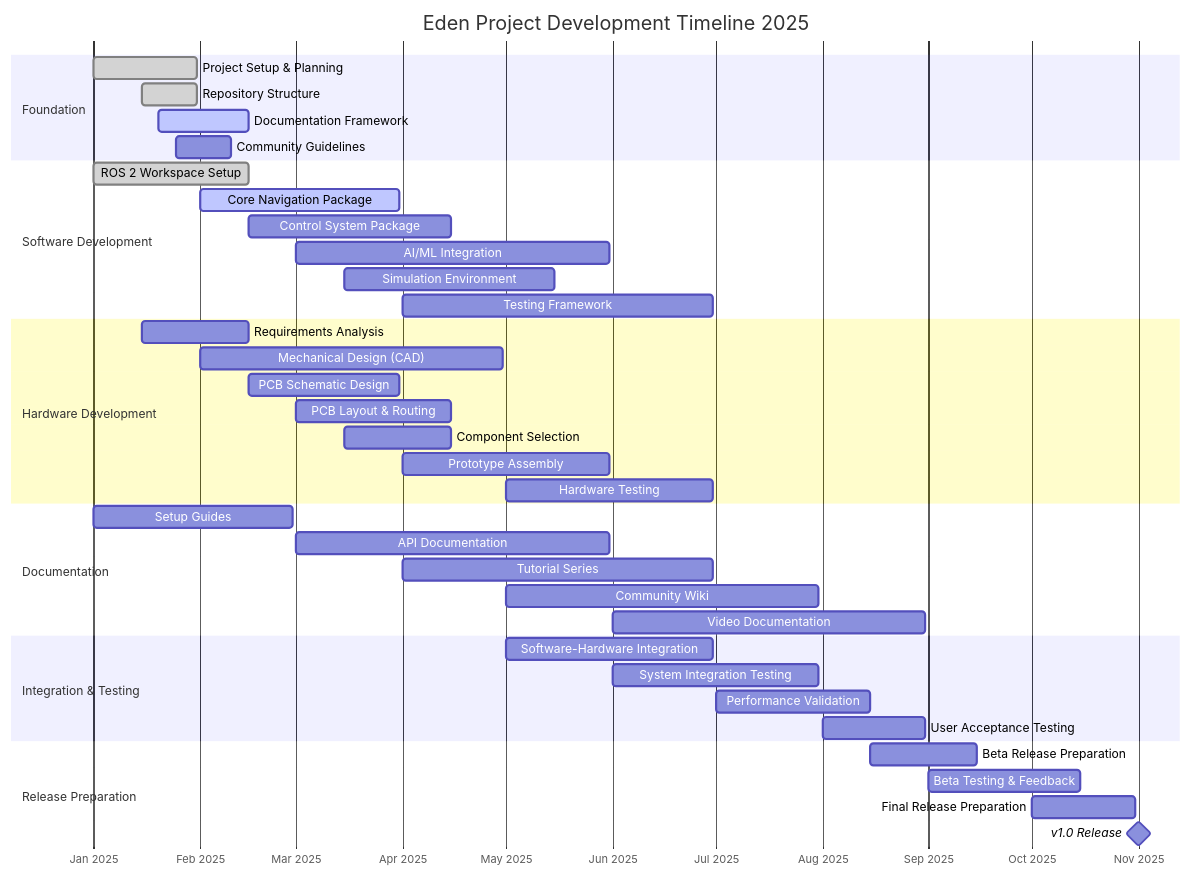
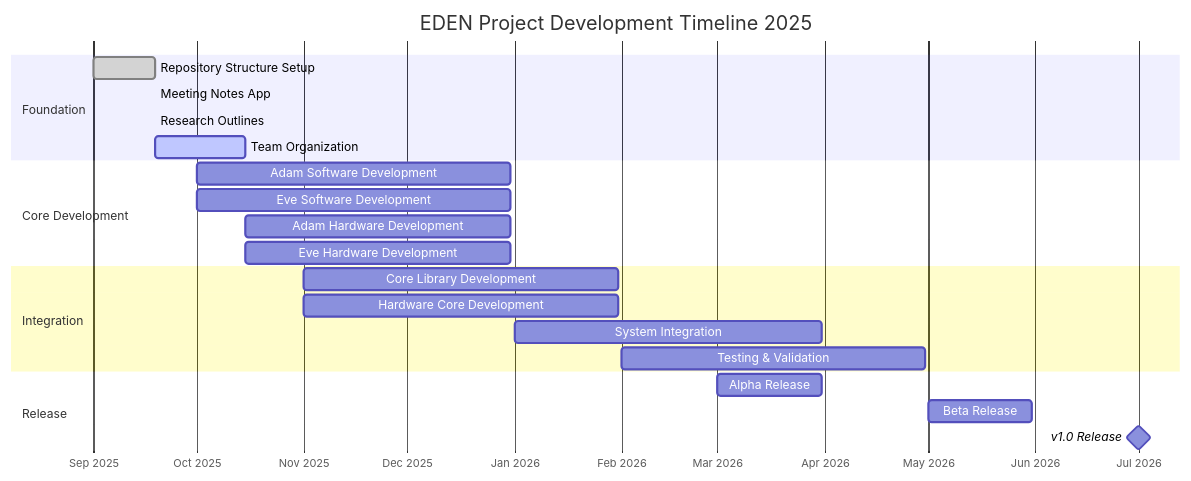
One commit to EDEN-robotics/eden-hq changed the diagram in ROADMAP.md. Above: the diagram before and after it, drawn with Mermaid. The commit also changed other lines of this file and 8 other files, not shown here.

Commit message:
Reset roadmap and reorganize TODO with member-specific sections and meeting assignments

````diff
--- a/ROADMAP.md
+++ b/ROADMAP.md
@@ -7,48 +7,29 @@
 ```mermaid
 gantt
-    title Eden Project Development Timeline 2025
+    title EDEN Project Development Timeline 2025
     dateFormat  YYYY-MM-DD
     axisFormat  %b %Y
     
     section Foundation
-    Project Setup & Planning     :done, setup, 2025-01-01, 2025-01-31
-    Repository Structure         :done, repos, 2025-01-15, 2025-01-31
-    Documentation Framework      :active, docs-fw, 2025-01-20, 2025-02-15
-    Community Guidelines         :guidelines, 2025-01-25, 2025-02-10
+    Repository Structure Setup    :done, repos, 2025-09-01, 2025-09-19
+    Meeting Notes App            :done, meeting-app, 2025-09-19, 2025-09-19
+    Research Outlines           :done, research, 2025-09-19, 2025-09-19
+    Team Organization           :active, team-org, 2025-09-19, 2025-10-15
     
-    section Software Development
-    ROS 2 Workspace Setup       :done, ros2-ws, 2025-01-01, 2025-02-15
-    Core Navigation Package     :active, nav-pkg, 2025-02-01, 2025-03-31
-    Control System Package      :control, 2025-02-15, 2025-04-15
-    AI/ML Integration          :ai-ml, 2025-03-01, 2025-05-31
-    Simulation Environment     :sim-env, 2025-03-15, 2025-05-15
-    Testing Framework          :test-fw, 2025-04-01, 2025-06-30
+    section Core Development
+    Adam Software Development   :adam-sw, 2025-10-01, 2025-12-31
+    Eve Software Development    :eve-sw, 2025-10-01, 2025-12-31
+    Adam Hardware Development  :adam-hw, 2025-10-15, 2025-12-31
+    Eve Hardware Development   :eve-hw, 2025-10-15, 2025-12-31
     
-    section Hardware Development
-    Requirements Analysis      :hw-req, 2025-01-15, 2025-02-15
-    Mechanical Design (CAD)    :cad-design, 2025-02-01, 2025-04-30
-    PCB Schematic Design       :pcb-sch, 2025-02-15, 2025-03-31
-    PCB Layout & Routing       :pcb-layout, 2025-03-01, 2025-04-15
-    Component Selection        :components, 2025-03-15, 2025-04-15
-    Prototype Assembly         :proto-assy, 2025-04-01, 2025-05-31
-    Hardware Testing           :hw-test, 2025-05-01, 2025-06-30
+    section Integration
+    Core Library Development   :core-lib, 2025-11-01, 2026-01-31
+    Hardware Core Development  :hw-core, 2025-11-01, 2026-01-31
+    System Integration         :integration, 2026-01-01, 2026-03-31
+    Testing & Validation       :testing, 2026-02-01, 2026-04-30
     
-    section Documentation
-    Setup Guides              :setup-guides, 2025-01-01, 2025-02-28
-    API Documentation         :api-docs, 2025-03-01, 2025-05-31
-    Tutorial Series           :tutorials, 2025-04-01, 2025-06-30
-    Community Wiki            :wiki, 2025-05-01, 2025-07-31
-    Video Documentation       :videos, 2025-06-01, 2025-08-31
-    
-    section Integration & Testing
-    Software-Hardware Integration :sw-hw-int, 2025-05-01, 2025-06-30
-    System Integration Testing    :sys-test, 2025-06-01, 2025-07-31
-    Performance Validation        :perf-val, 2025-07-01, 2025-08-15
-    User Acceptance Testing       :uat, 2025-08-01, 2025-08-31
-    
-    section Release Preparation
-    Beta Release Preparation  :beta-prep, 2025-08-15, 2025-09-15
-    Beta Testing & Feedback   :beta-test, 2025-09-01, 2025-10-15
-    Final Release Preparation :final-prep, 2025-10-01, 2025-10-31
-    v1.0 Release              :milestone, v1-release, 2025-11-01, 2025-11-01
+    section Release
+    Alpha Release              :alpha, 2026-03-01, 2026-03-31
+    Beta Release               :beta, 2026-05-01, 2026-05-31
+    v1.0 Release              :milestone, v1-release, 2026-07-01, 2026-07-01
 ```
````
